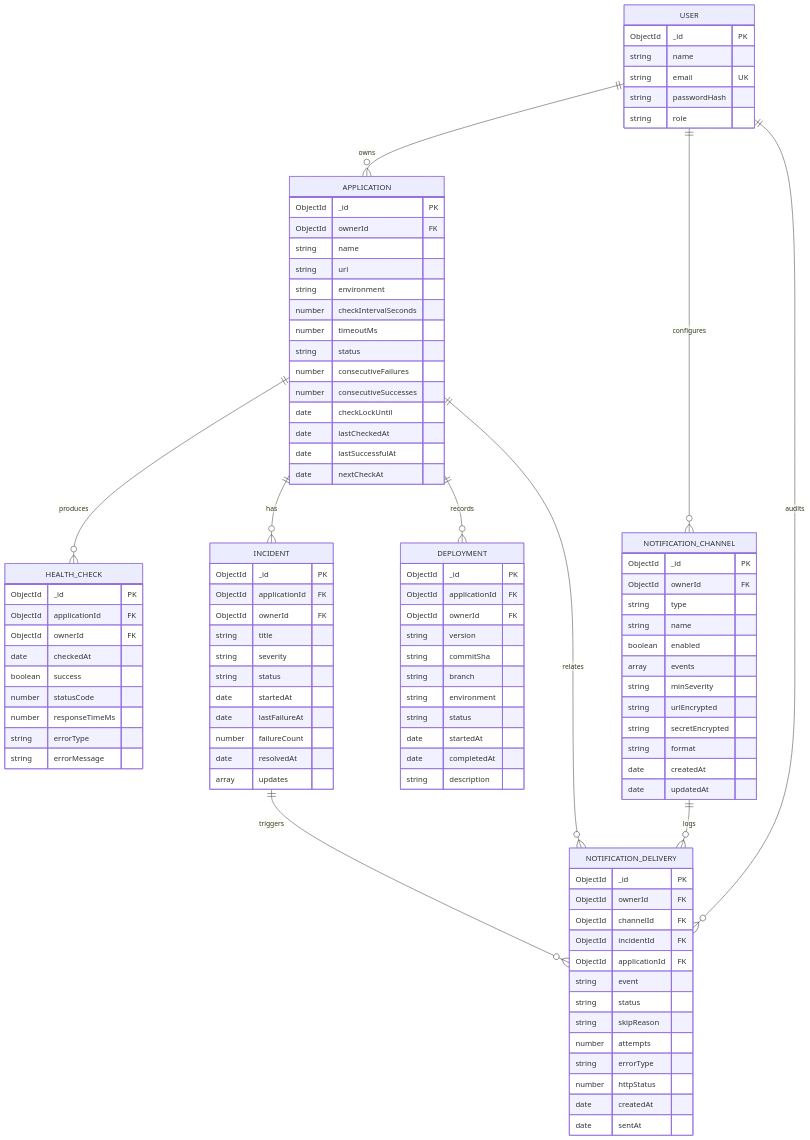
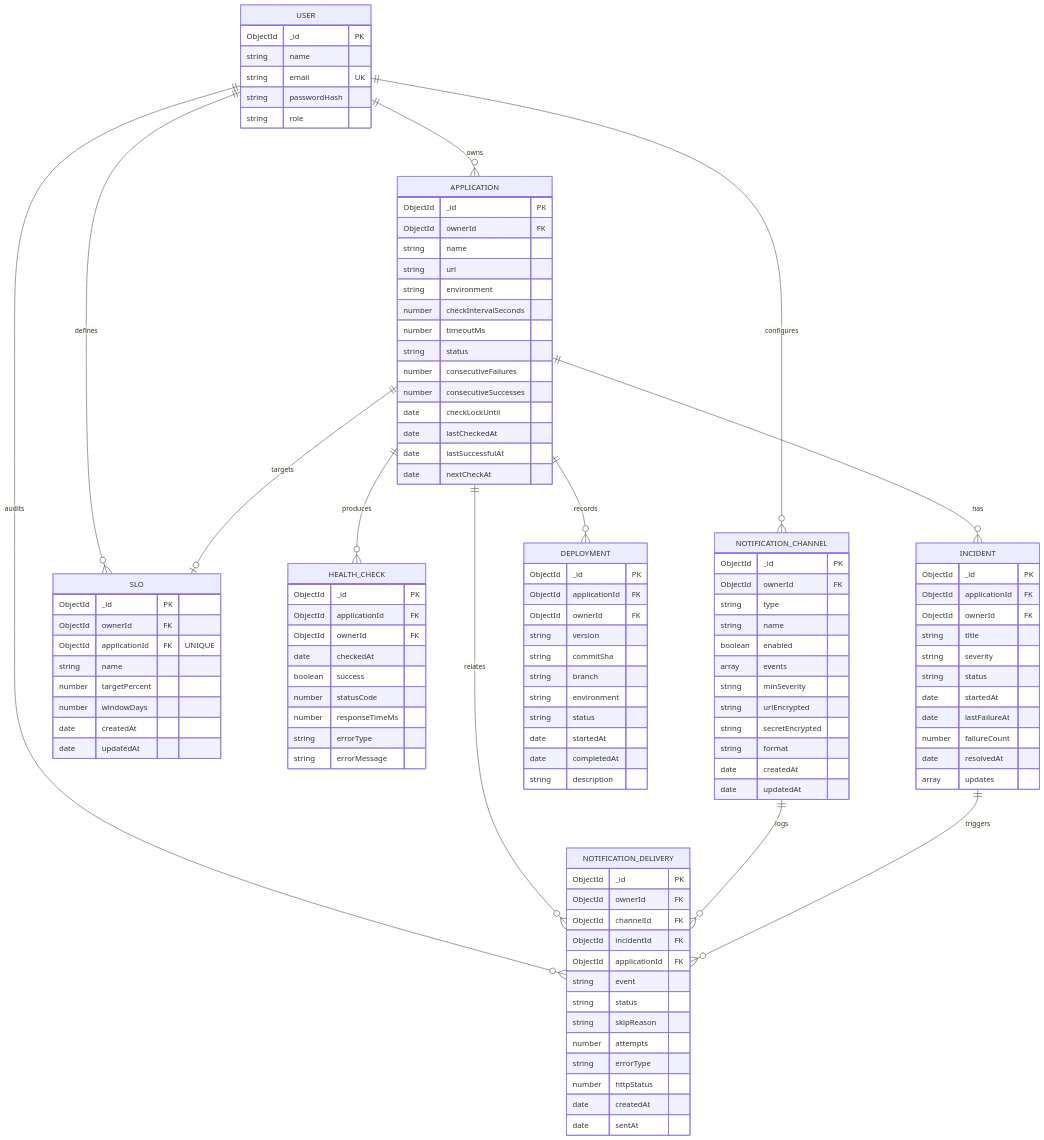
The second of 2 diagrams in ARCHITECTURE.md (gaurav27-kit/DevOpsPulse), drawn with Mermaid before and after one commit. The commit also changed other lines of this file and 29 other files, not shown here.

Commit message:
feat(slo): implement SLO monitoring targets, error budget, burn rate, and baseline regression guard (Step 15 & 15a)

````diff
--- a/ARCHITECTURE.md
+++ b/ARCHITECTURE.md
@@ -77,9 +77,11 @@
   USER ||--o{ APPLICATION : owns
   USER ||--o{ NOTIFICATION_CHANNEL : configures
   USER ||--o{ NOTIFICATION_DELIVERY : audits
+  USER ||--o{ SLO : defines
   APPLICATION ||--o{ HEALTH_CHECK : produces
   APPLICATION ||--o{ INCIDENT : has
   APPLICATION ||--o{ DEPLOYMENT : records
+  APPLICATION ||--o| SLO : targets
   APPLICATION ||--o{ NOTIFICATION_DELIVERY : relates
   NOTIFICATION_CHANNEL ||--o{ NOTIFICATION_DELIVERY : logs
   INCIDENT ||--o{ NOTIFICATION_DELIVERY : triggers
@@ -172,4 +174,14 @@
     date createdAt
     date sentAt
   }
+  SLO {
+    ObjectId _id PK
+    ObjectId ownerId FK
+    ObjectId applicationId FK "UNIQUE"
+    string name
+    number targetPercent
+    number windowDays
+    date createdAt
+    date updatedAt
+  }
 ```
````
